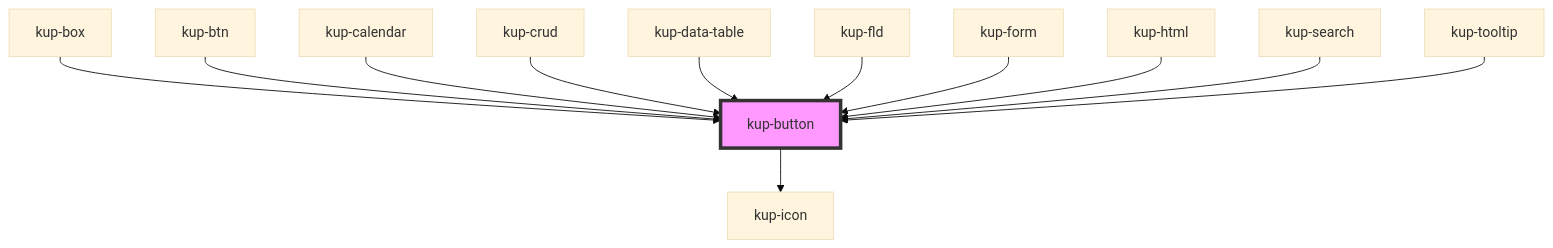
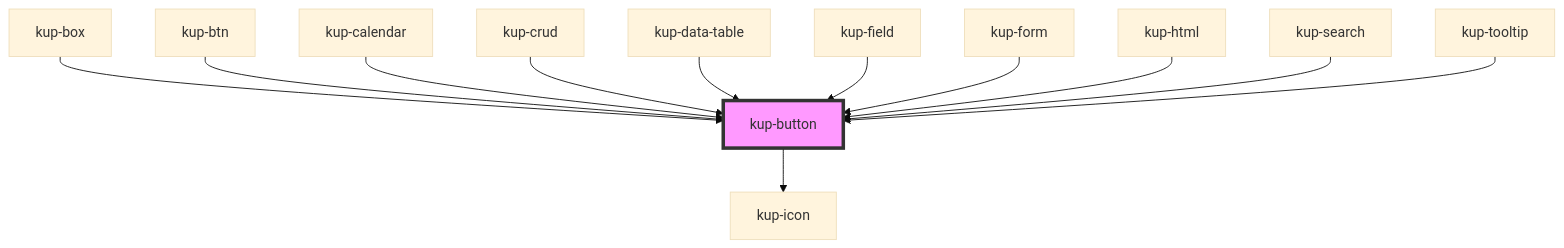
Before and after one commit to smeup/ketchup: the diagram in packages/ketchup/src/components/kup-button/readme.md, drawn with Mermaid (base theme). The commit also changed other lines of this file and 32 other files, not shown here.

Commit message:
Rendamed kup-fld to kup-field. Implented field showcase.

````diff
--- a/packages/ketchup/src/components/kup-button/readme.md
+++ b/packages/ketchup/src/components/kup-button/readme.md
@@ -58,15 +56,15 @@
 ```mermaid
 graph TD;
   kup-button --> kup-icon
   kup-box --> kup-button
   kup-btn --> kup-button
   kup-calendar --> kup-button
   kup-crud --> kup-button
   kup-data-table --> kup-button
-  kup-fld --> kup-button
+  kup-field --> kup-button
   kup-form --> kup-button
   kup-html --> kup-button
   kup-search --> kup-button
   kup-tooltip --> kup-button
   style kup-button fill:#f9f,stroke:#333,stroke-width:4px
 ```
````
